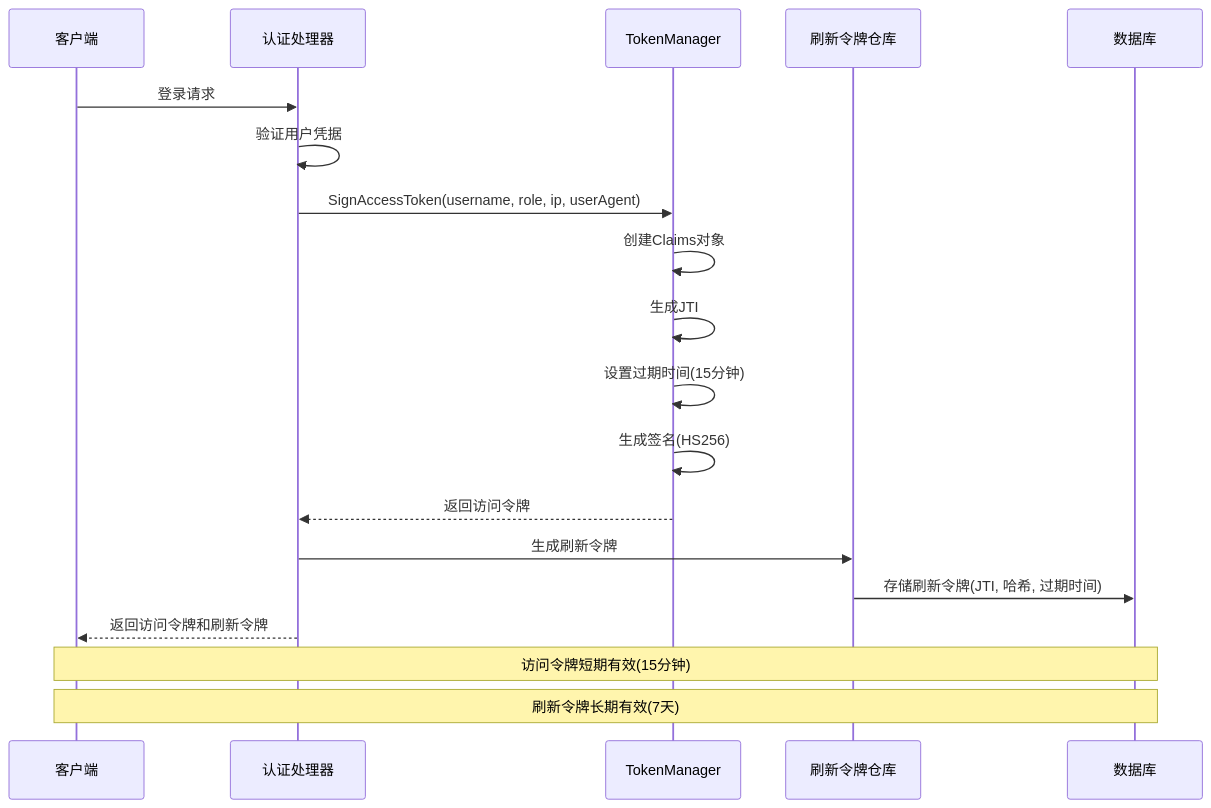
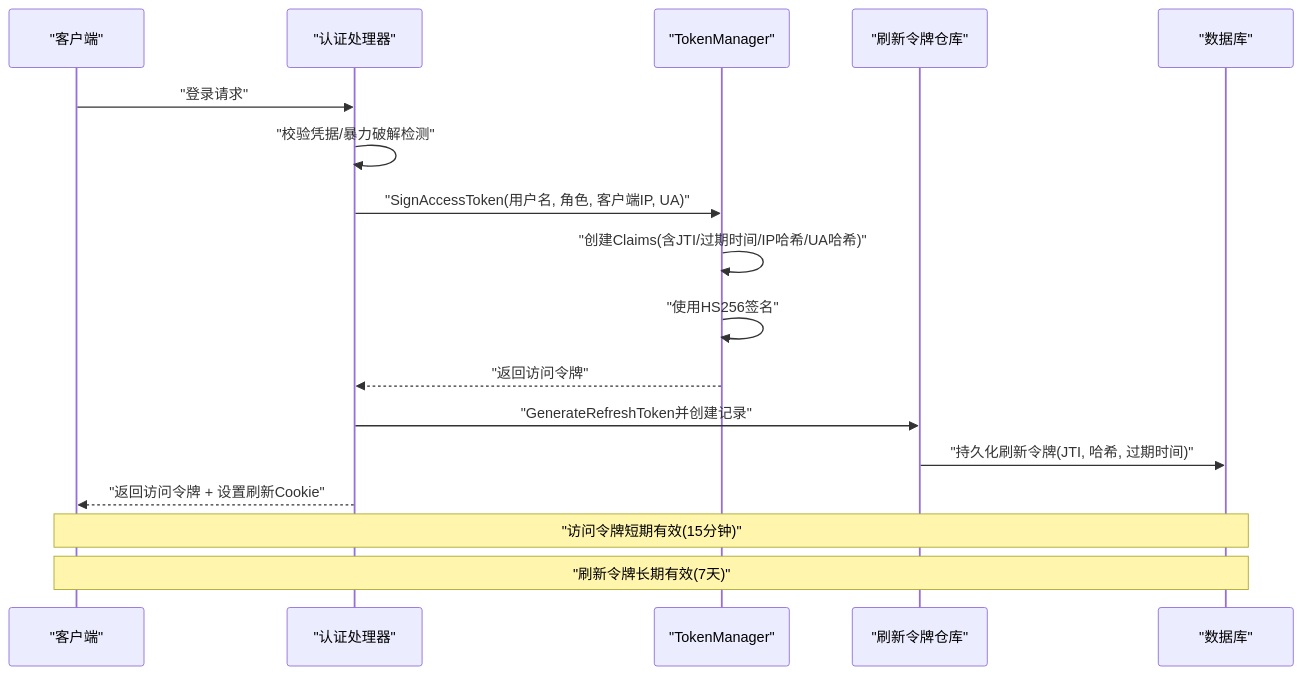
The second of 8 diagrams in docs/安全机制/JWT 认证机制.md (x01n/My-OpenWaf), drawn with Mermaid before and after one commit. The commit also changed other lines of this file and 199 other files, not shown here.

````diff
--- a/docs/安全机制/JWT 认证机制.md
+++ b/docs/安全机制/JWT 认证机制.md
@@ -142,21 +101,19 @@
 ```mermaid
 sequenceDiagram
-participant Client as 客户端
-participant Auth as 认证处理器
-participant TM as TokenManager
-participant RT as 刷新令牌仓库
-participant DB as 数据库
-Client->>Auth : 登录请求
-Auth->>Auth : 验证用户凭据
-Auth->>TM : SignAccessToken(username, role, ip, userAgent)
-TM->>TM : 创建Claims对象
-TM->>TM : 生成JTI
-TM->>TM : 设置过期时间(15分钟)
-TM->>TM : 生成签名(HS256)
-TM-->>Auth : 返回访问令牌
-Auth->>RT : 生成刷新令牌
-RT->>DB : 存储刷新令牌(JTI, 哈希, 过期时间)
-Auth-->>Client : 返回访问令牌和刷新令牌
-Note over Client,DB : 访问令牌短期有效(15分钟)
-Note over Client,DB : 刷新令牌长期有效(7天)
+participant Client as "客户端"
+participant Auth as "认证处理器"
+participant TM as "TokenManager"
+participant RT as "刷新令牌仓库"
+participant DB as "数据库"
+Client->>Auth : "登录请求"
+Auth->>Auth : "校验凭据/暴力破解检测"
+Auth->>TM : "SignAccessToken(用户名, 角色, 客户端IP, UA)"
+TM->>TM : "创建Claims(含JTI/过期时间/IP哈希/UA哈希)"
+TM->>TM : "使用HS256签名"
+TM-->>Auth : "返回访问令牌"
+Auth->>RT : "GenerateRefreshToken并创建记录"
+RT->>DB : "持久化刷新令牌(JTI, 哈希, 过期时间)"
+Auth-->>Client : "返回访问令牌 + 设置刷新Cookie"
+Note over Client,DB : "访问令牌短期有效(15分钟)"
+Note over Client,DB : "刷新令牌长期有效(7天)"
 ```
````
